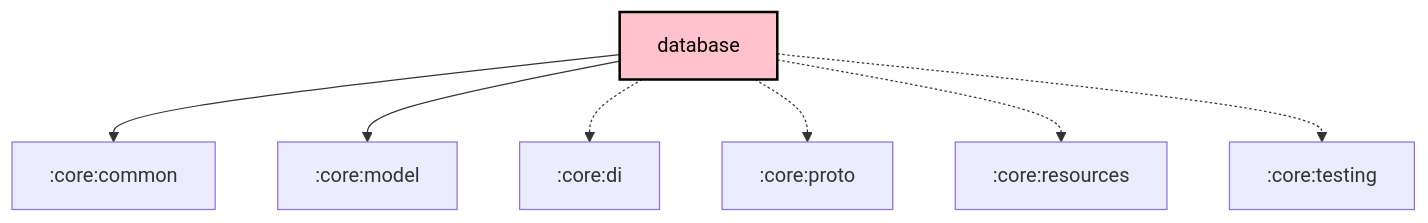
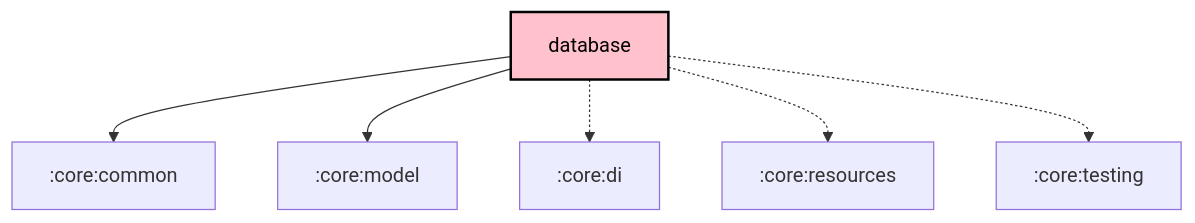
One commit to meshtastic/Meshtastic-Android changed the diagram in core/database/README.md. Above: the diagram before and after it, drawn with Mermaid. The commit also changed 17 other files, not shown here.

First line of the commit message:
chore: Scheduled updates (Firmware, Hardware, Translations, Graphs)

````diff
--- a/core/database/README.md
+++ b/core/database/README.md
@@ -27,24 +27,23 @@
 ```mermaid
 graph TB
   :core:database[database]:::kmp-library
   :core:database --> :core:common
   :core:database --> :core:model
   :core:database -.-> :core:di
-  :core:database -.-> :core:proto
   :core:database -.-> :core:resources
   :core:database -.-> :core:testing
 
 classDef android-application fill:#CAFFBF,stroke:#000,stroke-width:2px,color:#000;
 classDef android-application-compose fill:#CAFFBF,stroke:#000,stroke-width:2px,color:#000;
 classDef compose-desktop-application fill:#CAFFBF,stroke:#000,stroke-width:2px,color:#000;
 classDef android-feature fill:#FFD6A5,stroke:#000,stroke-width:2px,color:#000;
 classDef android-library fill:#9BF6FF,stroke:#000,stroke-width:2px,color:#000;
 classDef android-library-compose fill:#9BF6FF,stroke:#000,stroke-width:2px,color:#000;
 classDef android-test fill:#A0C4FF,stroke:#000,stroke-width:2px,color:#000;
 classDef jvm-library fill:#BDB2FF,stroke:#000,stroke-width:2px,color:#000;
 classDef kmp-feature fill:#FFD6A5,stroke:#000,stroke-width:2px,color:#000;
 classDef kmp-library-compose fill:#FFC1CC,stroke:#000,stroke-width:2px,color:#000;
 classDef kmp-library fill:#FFC1CC,stroke:#000,stroke-width:2px,color:#000;
 classDef unknown fill:#FFADAD,stroke:#000,stroke-width:2px,color:#000;
 
 ```
````
